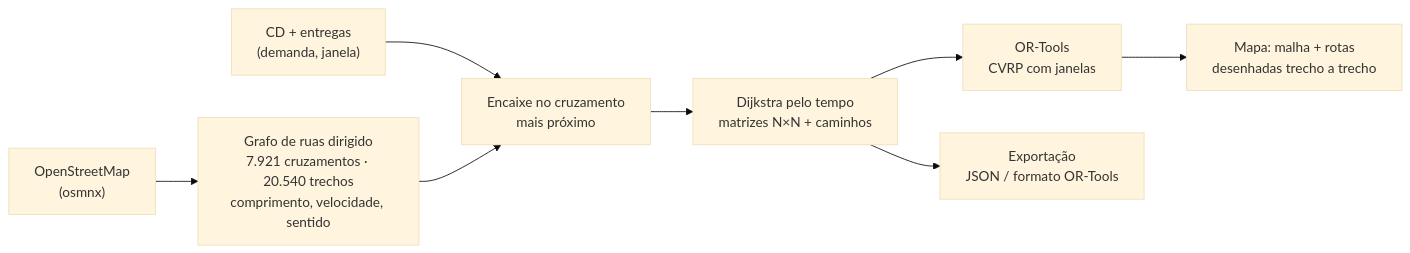
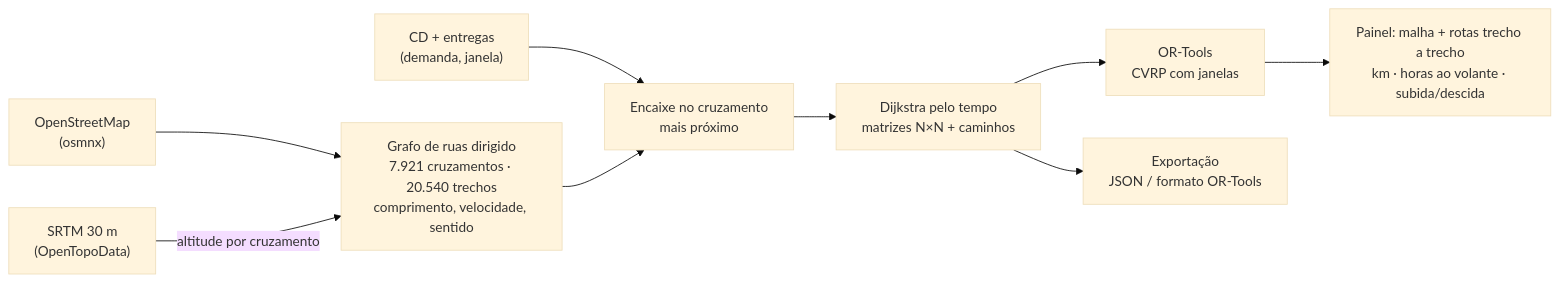
The diagram in README.md (marcosreballo-source/delivery-graph-builder), drawn with Mermaid (base theme) before and after one commit. The commit also changed other lines of this file, not shown here.

````diff
--- a/README.md
+++ b/README.md
@@ -17,9 +17,10 @@
 ```mermaid
 flowchart LR
     OSM["OpenStreetMap<br/>(osmnx)"] --> SG["Grafo de ruas dirigido<br/>7.921 cruzamentos · 20.540 trechos<br/>comprimento, velocidade, sentido"]
+    DEM["SRTM 30 m<br/>(OpenTopoData)"] -->|altitude por cruzamento| SG
     P["CD + entregas<br/>(demanda, janela)"] --> SNAP["Encaixe no cruzamento<br/>mais próximo"]
     SG --> SNAP --> DJ["Dijkstra pelo tempo<br/>matrizes N×N + caminhos"]
     DJ --> OR["OR-Tools<br/>CVRP com janelas"]
-    OR --> MAP["Mapa: malha + rotas<br/>desenhadas trecho a trecho"]
+    OR --> MAP["Painel: malha + rotas trecho a trecho<br/>km · horas ao volante · subida/descida"]
     DJ --> EXP["Exportação<br/>JSON / formato OR-Tools"]
 ```
````
